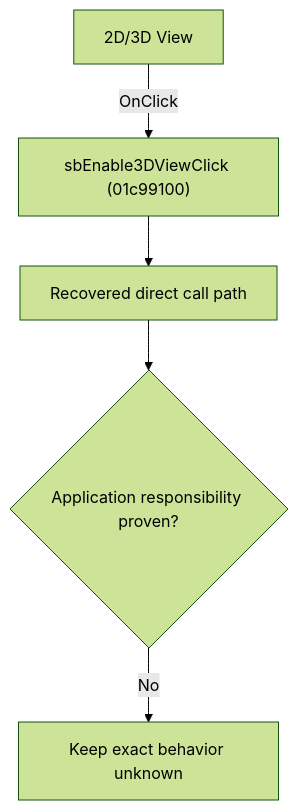
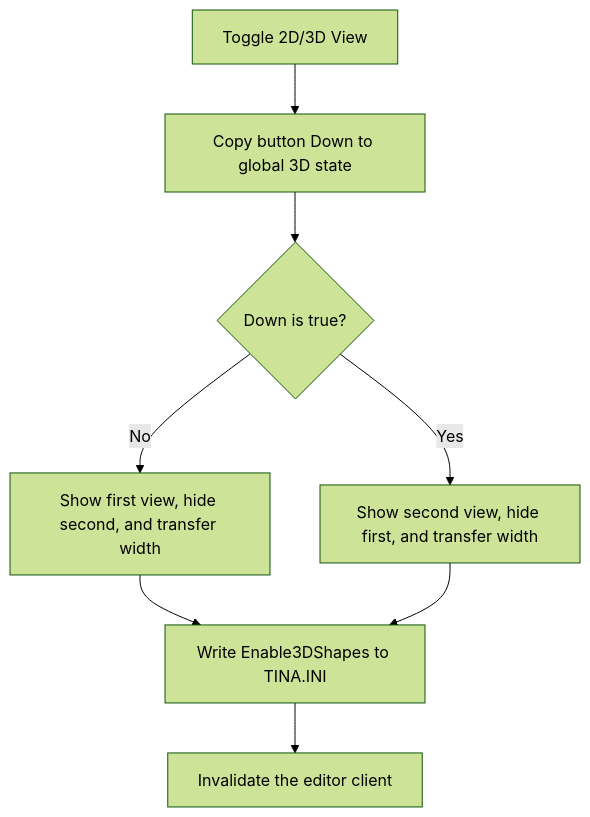
Before and after one commit to MovGP0/TIARA: the diagram in docs/ui-controls/schematiceditor/sbenable3dview-c4e07c7506.md, drawn with Mermaid (forest theme). The commit also changed other lines of this file and 241 other files, not shown here.

````diff
--- a/docs/ui-controls/schematiceditor/sbenable3dview-c4e07c7506.md
+++ b/docs/ui-controls/schematiceditor/sbenable3dview-c4e07c7506.md
@@ -27,7 +27,10 @@
 ```mermaid
 flowchart TD
-    control["2D/3D View"] -->|"OnClick"| handler["sbEnable3DViewClick (01c99100)"]
-    handler --> recovered["Recovered direct call path"]
-    recovered --> gap{"Application responsibility proven?"}
-    gap -->|"No"| blocked["Keep exact behavior unknown"]
+    control["Toggle 2D/3D View"] --> state["Copy button Down to global 3D state"]
+    state --> selected{"Down is true?"}
+    selected -->|"No"| twoD["Show first view, hide second, and transfer width"]
+    selected -->|"Yes"| threeD["Show second view, hide first, and transfer width"]
+    twoD --> persist["Write Enable3DShapes to TINA.INI"]
+    threeD --> persist
+    persist --> redraw["Invalidate the editor client"]
 ```
````
